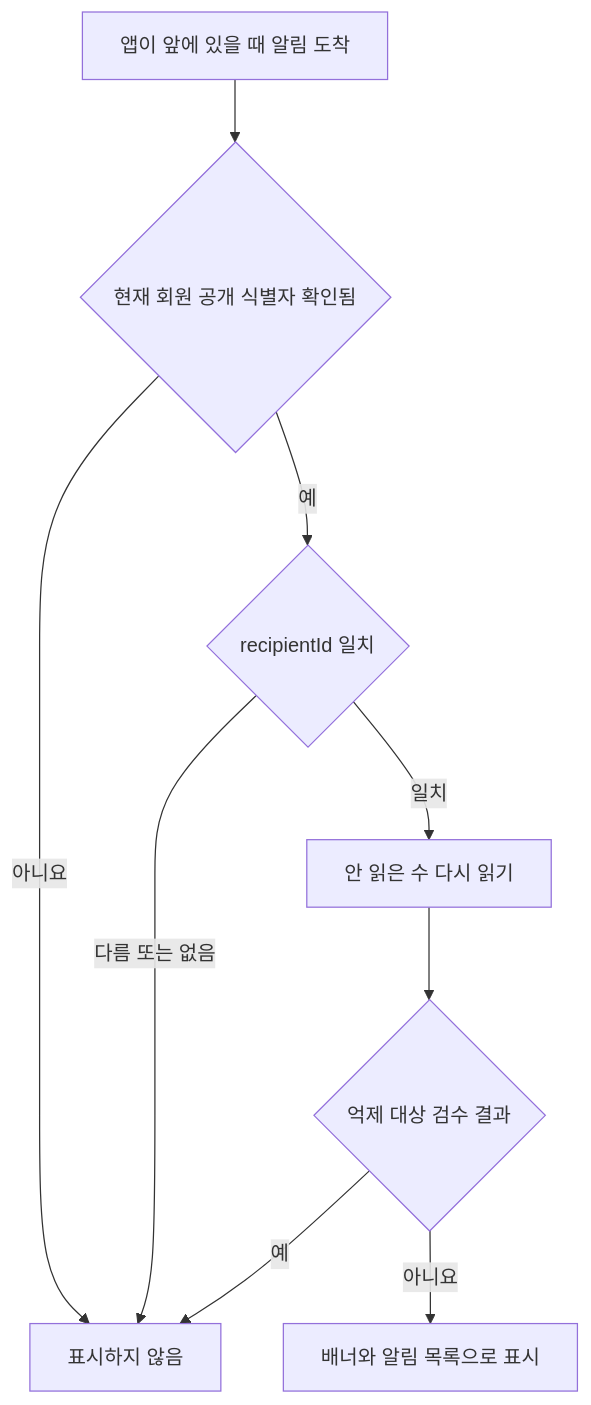
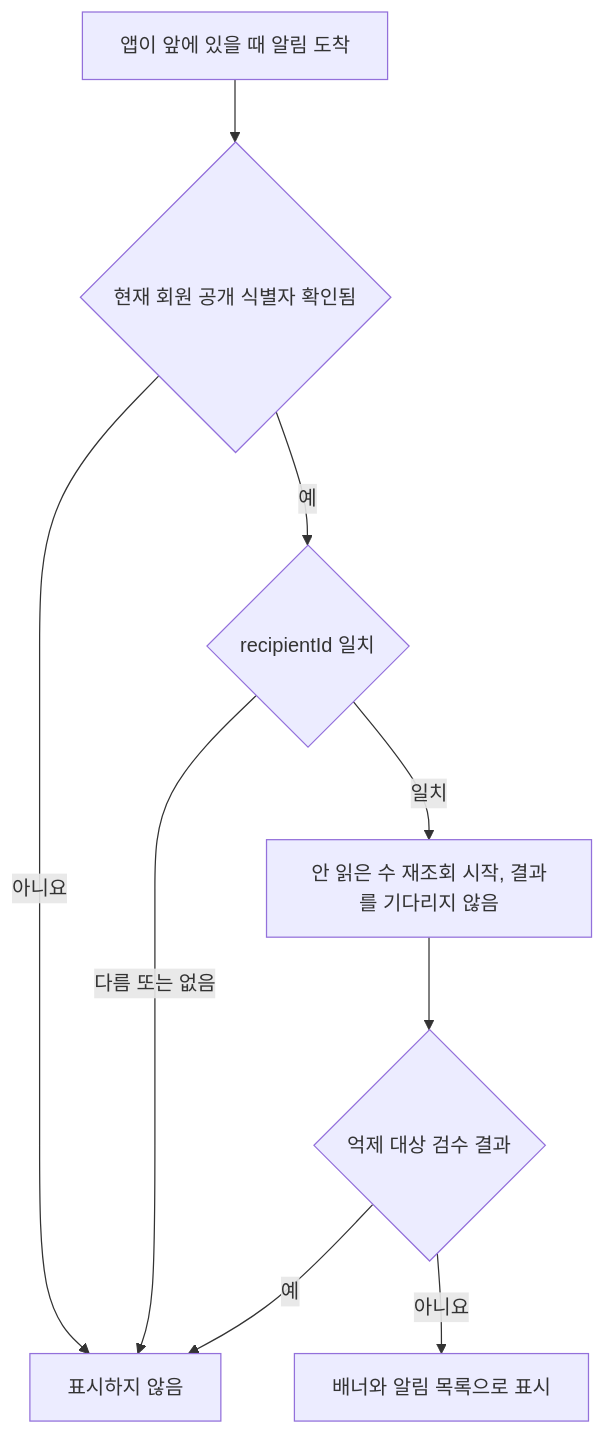
One commit to KIM-N-KANG/knk-harness changed the diagram in docs/spec/NOTIFICATION/CLIENT/IOS/4-4-EXECUTION.md. Above: the diagram before and after it, drawn with Mermaid. The commit also changed other lines of this file and 46 other files, not shown here.

````diff
--- a/docs/spec/NOTIFICATION/CLIENT/IOS/4-4-EXECUTION.md
+++ b/docs/spec/NOTIFICATION/CLIENT/IOS/4-4-EXECUTION.md
@@ -44,11 +44,11 @@
 ```mermaid
 flowchart TD
     Arrive["앱이 앞에 있을 때 알림 도착"] --> Member{"현재 회원 공개 식별자 확인됨"}
     Member -->|아니요| Hide["표시하지 않음"]
     Member -->|예| Match{"recipientId 일치"}
     Match -->|다름 또는 없음| Hide
-    Match -->|일치| Count["안 읽은 수 다시 읽기"]
+    Match -->|일치| Count["안 읽은 수 재조회 시작, 결과를 기다리지 않음"]
     Count --> Review{"억제 대상 검수 결과"}
     Review -->|예| Hide
     Review -->|아니요| Show["배너와 알림 목록으로 표시"]
 ```
````
